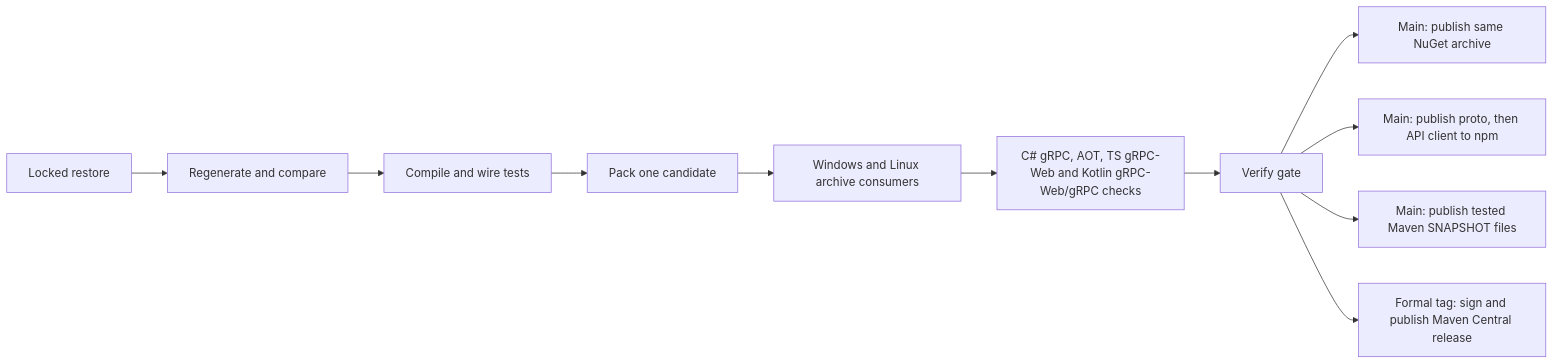
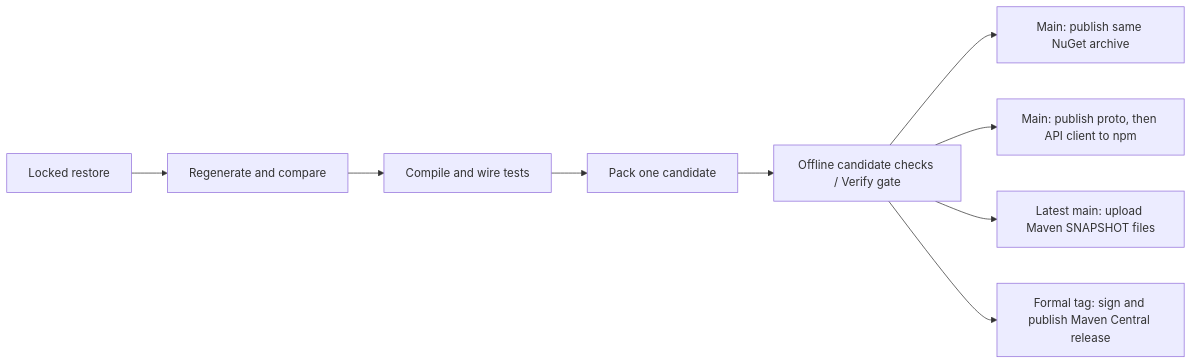
One commit to ArcForges/Contracts changed the diagram in README.md. Above: the diagram before and after it, drawn with Mermaid. The commit also changed other lines of this file and 26 other files, not shown here.

````diff
--- a/README.md
+++ b/README.md
@@ -72,13 +74,11 @@
 ```mermaid
 flowchart LR
   A[Locked restore] --> B[Regenerate and compare]
   B --> C[Compile and wire tests]
   C --> D[Pack one candidate]
-  D --> E[Windows and Linux archive consumers]
-  E --> F[C# gRPC, AOT, TS gRPC-Web and Kotlin gRPC-Web/gRPC checks]
-  F --> G[Verify gate]
+  D --> G[Offline candidate checks / Verify gate]
   G --> H[Main: publish same NuGet archive]
   G --> I[Main: publish proto, then API client to npm]
-  G --> J[Main: publish tested Maven SNAPSHOT files]
+  G --> J[Latest main: upload Maven SNAPSHOT files]
   G --> K[Formal tag: sign and publish Maven Central release]
 ```
````
